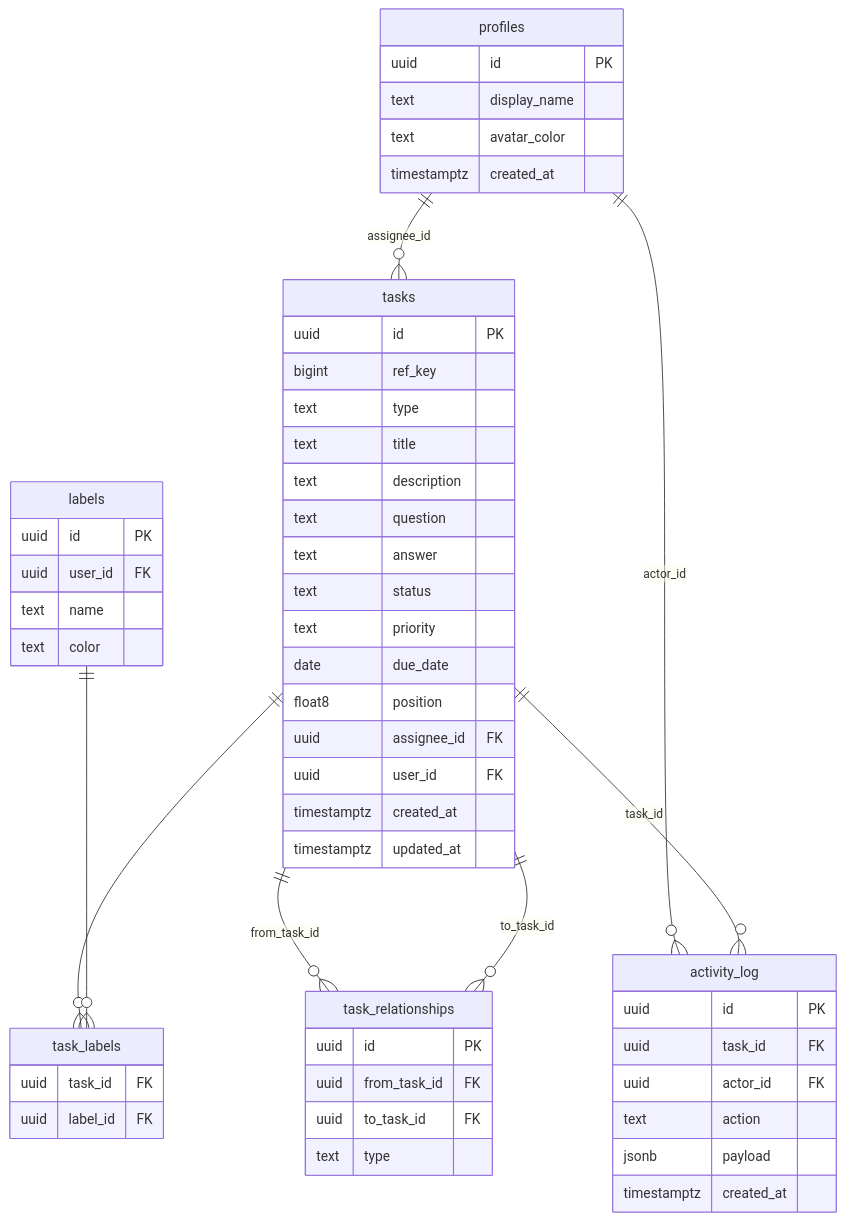
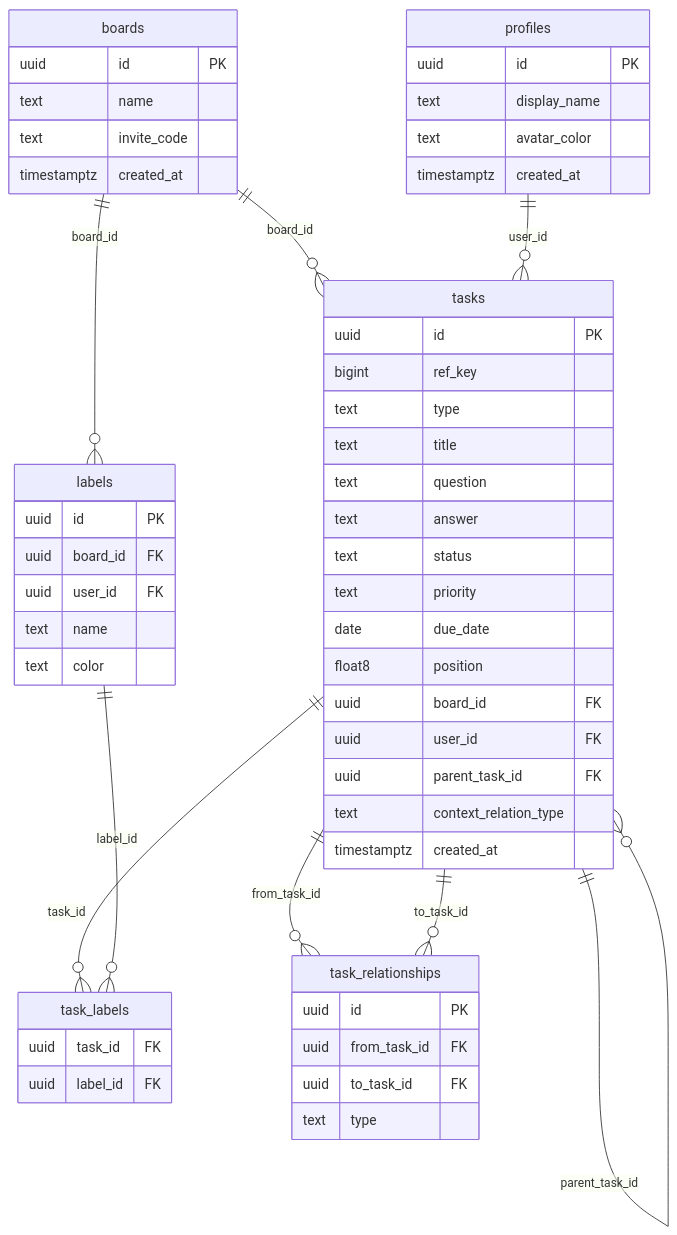
One commit to Stratos112/kanban changed the diagram in README.md. Above: the diagram before and after it, drawn with Mermaid. The commit also changed other lines of this file and 8 other files, not shown here.

Commit message:
basic context event created in parallel

````diff
--- a/README.md
+++ b/README.md
@@ -138,63 +79,63 @@
 ```mermaid
 erDiagram
+  boards {
+    uuid id PK
+    text name
+    text invite_code
+    timestamptz created_at
+  }
+
   profiles {
     uuid id PK
     text display_name
     text avatar_color
     timestamptz created_at
   }
 
   tasks {
     uuid id PK
     bigint ref_key
     text type
     text title
-    text description
     text question
     text answer
     text status
     text priority
     date due_date
     float8 position
-    uuid assignee_id FK
+    uuid board_id FK
     uuid user_id FK
+    uuid parent_task_id FK
+    text context_relation_type
     timestamptz created_at
-    timestamptz updated_at
   }
 
   labels {
     uuid id PK
+    uuid board_id FK
     uuid user_id FK
     text name
     text color
   }
 
   task_labels {
     uuid task_id FK
     uuid label_id FK
   }
 
   task_relationships {
     uuid id PK
     uuid from_task_id FK
     uuid to_task_id FK
     text type
   }
 
-  activity_log {
-    uuid id PK
-    uuid task_id FK
-    uuid actor_id FK
-    text action
-    jsonb payload
-    timestamptz created_at
-  }
-
-  profiles ||--o{ tasks : "assignee_id"
-  profiles ||--o{ activity_log : "actor_id"
-  tasks ||--o{ task_labels : ""
-  labels ||--o{ task_labels : ""
+  boards ||--o{ tasks : "board_id"
+  boards ||--o{ labels : "board_id"
+  profiles ||--o{ tasks : "user_id"
+  tasks ||--o{ task_labels : "task_id"
+  labels ||--o{ task_labels : "label_id"
+  tasks ||--o{ tasks : "parent_task_id"
   tasks ||--o{ task_relationships : "from_task_id"
   tasks ||--o{ task_relationships : "to_task_id"
-  tasks ||--o{ activity_log : "task_id"
 ```
````
